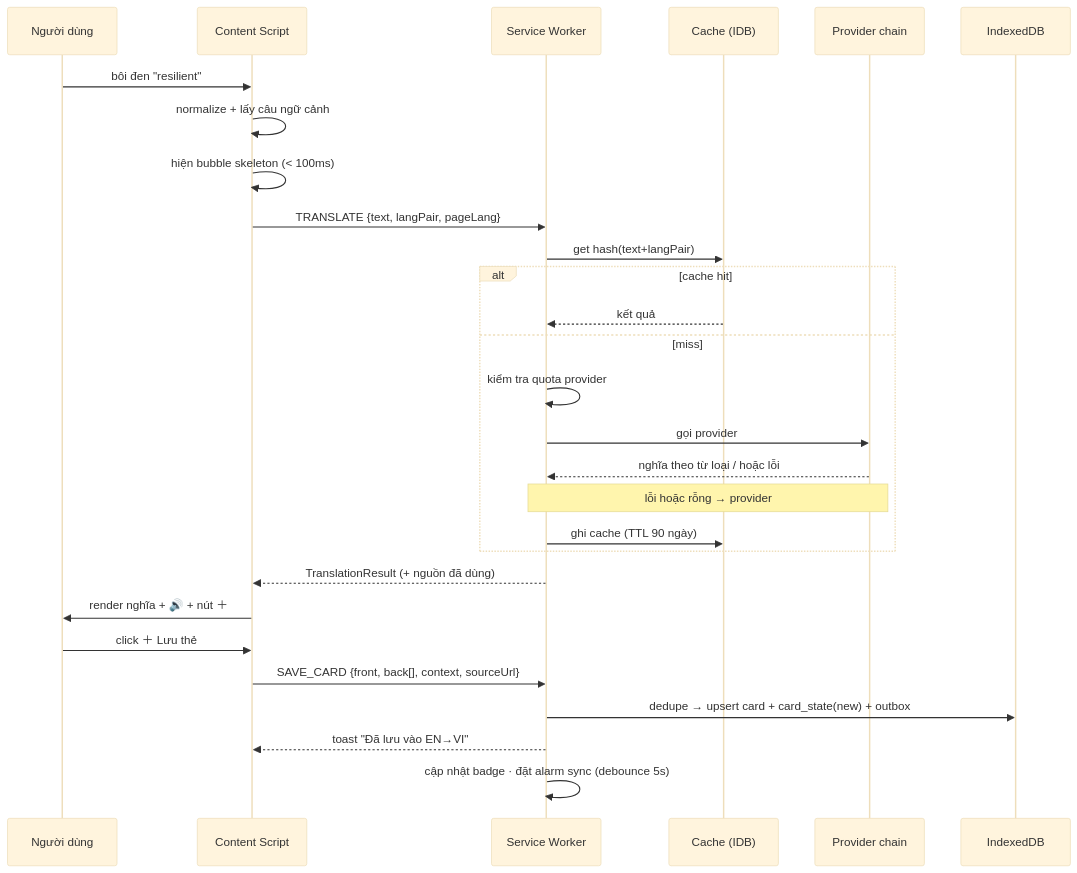
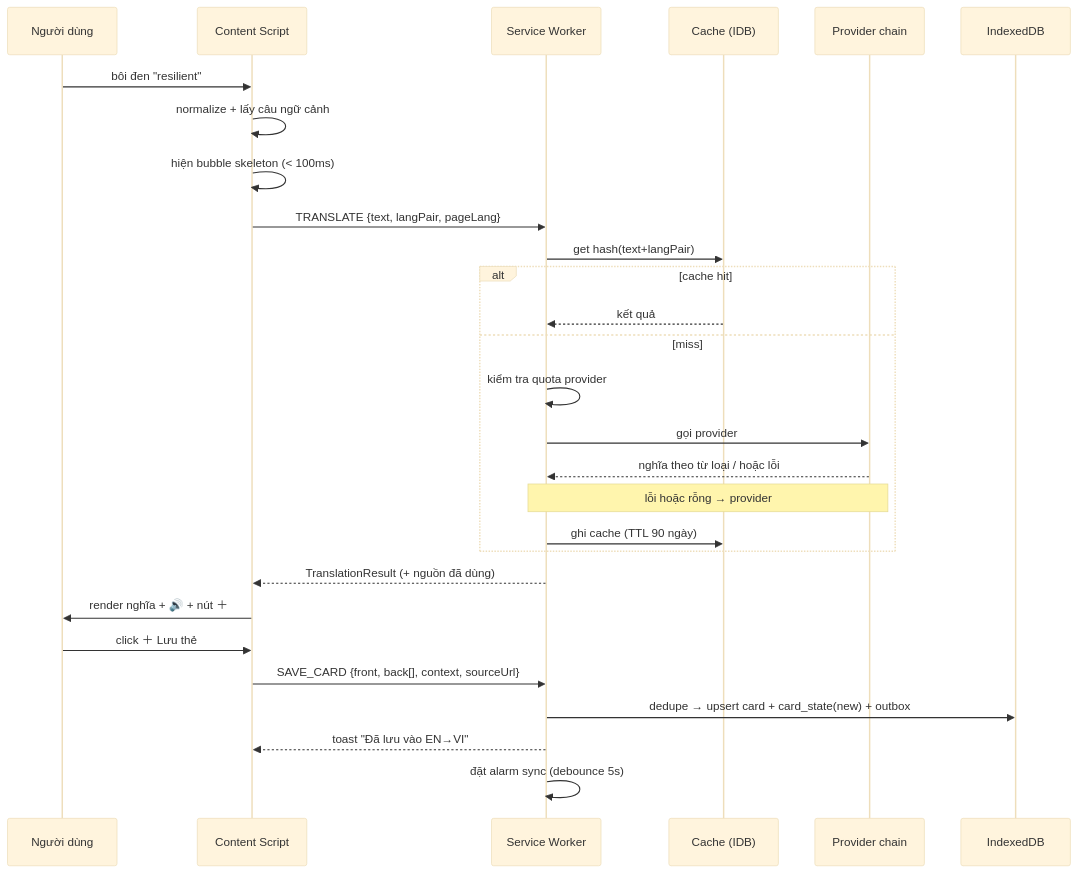
Before and after one commit to hoanglinhuet/remember: the second of 3 diagrams in ARCHITECTURE.md, drawn with Mermaid (base theme). The commit also changed other lines of this file and 7 other files, not shown here.

````diff
--- a/ARCHITECTURE.md
+++ b/ARCHITECTURE.md
@@ -211,31 +211,31 @@
 ```mermaid
 sequenceDiagram
   participant U as Người dùng
   participant CS as Content Script
   participant SW as Service Worker
   participant C as Cache (IDB)
   participant P as Provider chain
   participant DB as IndexedDB
 
   U->>CS: bôi đen "resilient"
   CS->>CS: normalize + lấy câu ngữ cảnh
   CS->>CS: hiện bubble skeleton (< 100ms)
   CS->>SW: TRANSLATE {text, langPair, pageLang}
   SW->>C: get hash(text+langPair)
   alt cache hit
     C-->>SW: kết quả
   else miss
     SW->>SW: kiểm tra quota provider
     SW->>P: gọi provider #1 (từ điển)
     P-->>SW: nghĩa theo từ loại / hoặc lỗi
     Note over SW,P: lỗi hoặc rỗng → provider #2, #3 (fallback chain)
     SW->>C: ghi cache (TTL 90 ngày)
   end
   SW-->>CS: TranslationResult (+ nguồn đã dùng)
   CS->>U: render nghĩa + 🔊 + nút ＋
   U->>CS: click ＋ Lưu thẻ
   CS->>SW: SAVE_CARD {front, back[], context, sourceUrl}
   SW->>DB: dedupe → upsert card + card_state(new) + outbox
   SW-->>CS: toast "Đã lưu vào EN→VI"
-  SW->>SW: cập nhật badge · đặt alarm sync (debounce 5s)
+  SW->>SW: đặt alarm sync (debounce 5s)
 ```
````
